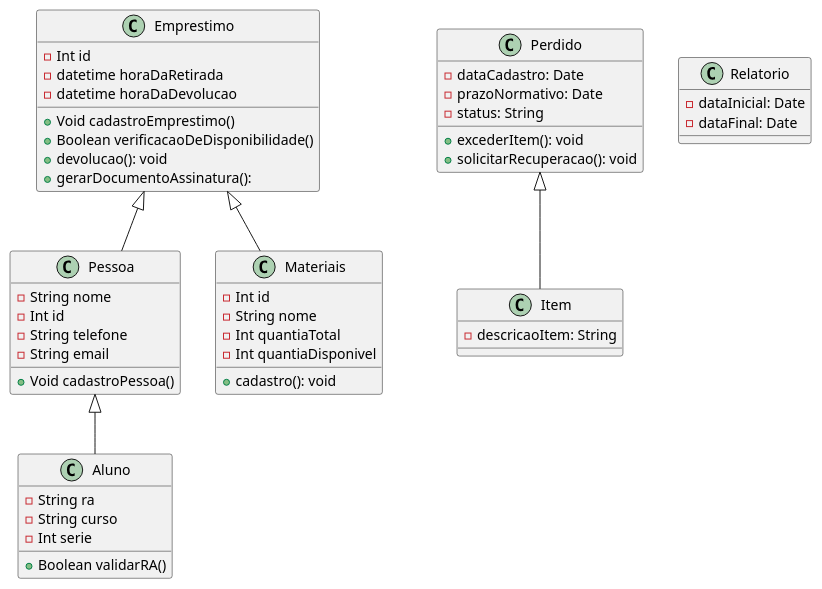
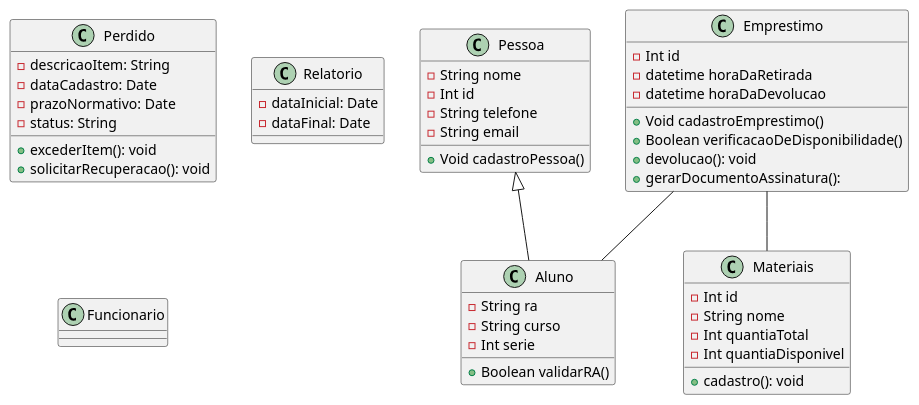
One commit to danielalvesmoura/APS-Compartilhado changed the diagram in diagramaDeClasse.puml. Above: the diagram before and after it, drawn with PlantUML.

```diff
--- a/diagramaDeClasse.puml
+++ b/diagramaDeClasse.puml
@@ -1,63 +1,62 @@
 @startuml   
 
 class "Pessoa" as pes{
     -String nome
     -Int id
     -String telefone
     -String email
 
     +Void cadastroPessoa()
 }
  
 class "Aluno" as alu{
     -String ra
     -String curso
     -Int serie
 
     +Boolean validarRA()
 }
 
 class "Materiais" as mat{
     -Int id
     -String nome
     -Int quantiaTotal
     -Int quantiaDisponivel
 
     +cadastro(): void
 }
 
 class "Emprestimo" as emp{
     -Int id
     -datetime horaDaRetirada
     -datetime horaDaDevolucao
 
     +Void cadastroEmprestimo()
     +Boolean verificacaoDeDisponibilidade()
     +devolucao(): void
     +gerarDocumentoAssinatura(): 
 }
 
 class Perdido {
+    -descricaoItem: String
     -dataCadastro: Date
     -prazoNormativo: Date
     -status: String
     +excederItem(): void
     +solicitarRecuperacao(): void
 }
 
 class Relatorio {
     -dataInicial: Date
     -dataFinal: Date
 }
 
-class Item {
-    -descricaoItem: String  
-}
+class Funcionario
+
 
 pes <|-- alu
-emp <|-- mat
-Perdido <|-- Item
-emp <|-- pes
+emp -- mat
+emp -- alu
 
 
 @enduml
```
